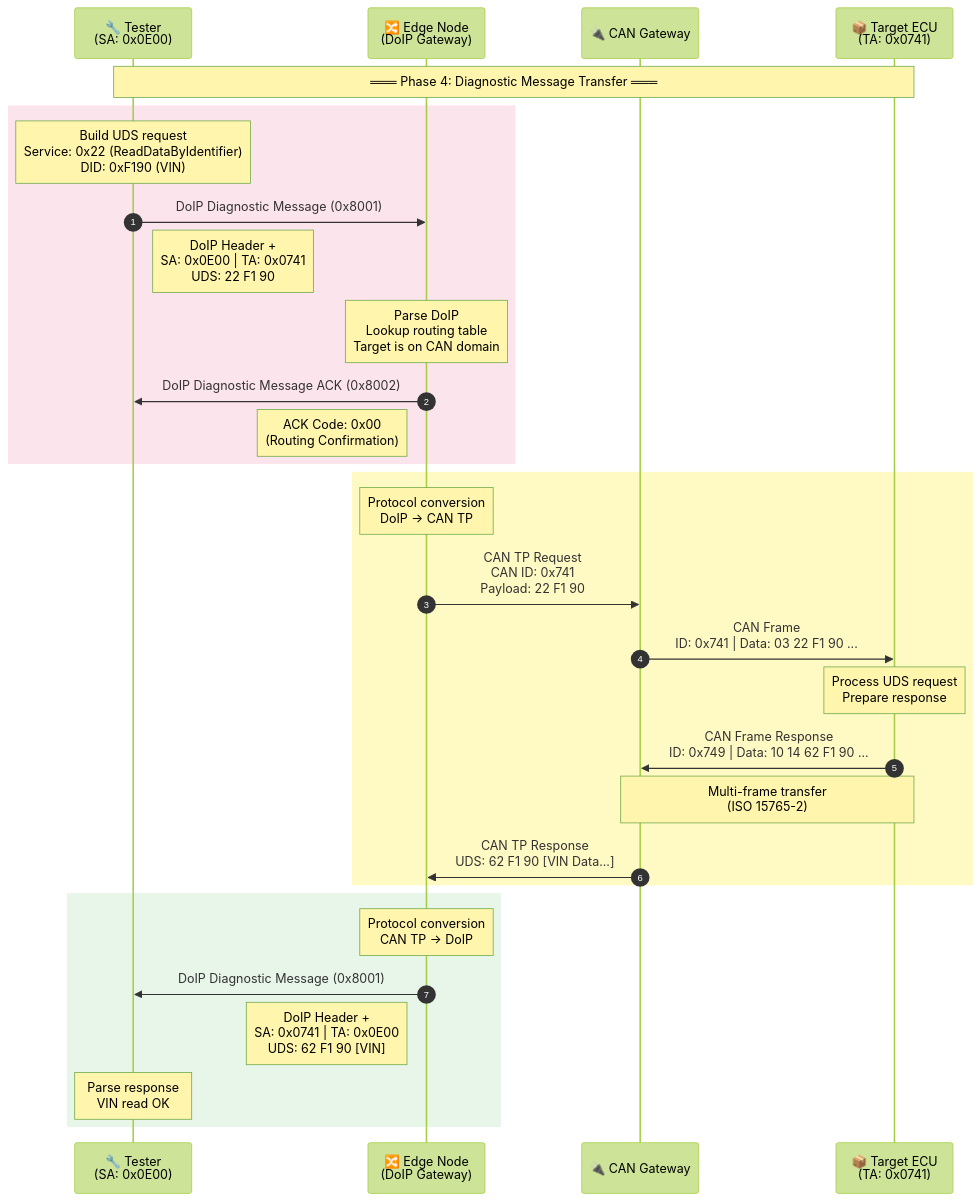
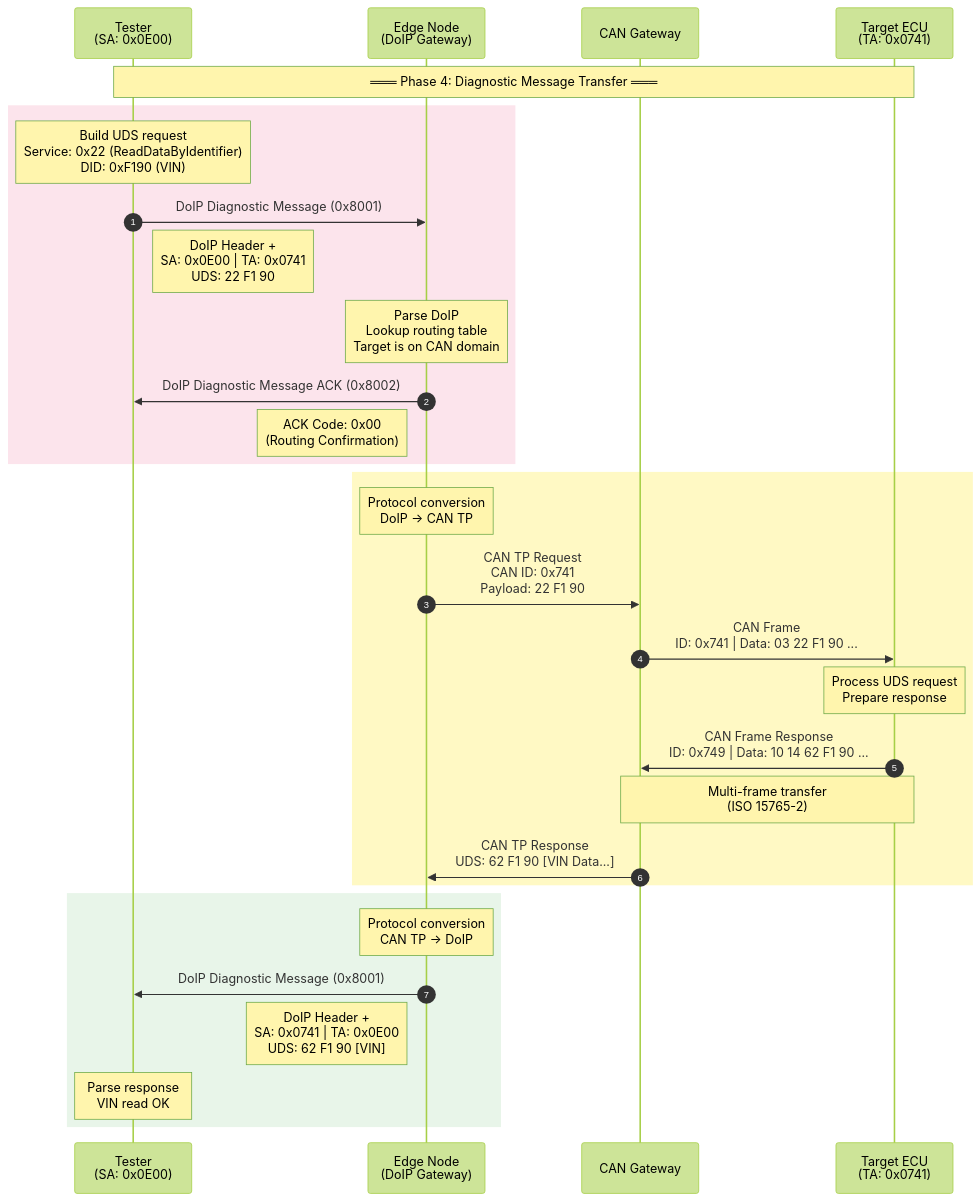
One commit to michaellinhq/automotive-develop-architecture changed the fifth of 10 diagrams in docs/03_Software_Architecture/DoIP_Routing_Strategy.en.md. Above: the diagram before and after it, drawn with Mermaid (forest theme). The commit also changed other lines of this file and 7 other files, not shown here.

Commit message:
Harden Mermaid syntax in English docs

````diff
--- a/docs/03_Software_Architecture/DoIP_Routing_Strategy.en.md
+++ b/docs/03_Software_Architecture/DoIP_Routing_Strategy.en.md
@@ -194,47 +194,47 @@
 ```mermaid
 sequenceDiagram
     autonumber
-    participant Tester as 🔧 Tester<br/>(SA: 0x0E00)
-    participant Edge as 🔀 Edge Node<br/>(DoIP Gateway)
-    participant CAN_GW as 🔌 CAN Gateway
-    participant Target as 📦 Target ECU<br/>(TA: 0x0741)
+    participant Tester as  Tester<br/>(SA: 0x0E00)
+    participant Edge as  Edge Node<br/>(DoIP Gateway)
+    participant CAN_GW as  CAN Gateway
+    participant Target as  Target ECU<br/>(TA: 0x0741)
 
     Note over Tester,Target: ═══ Phase 4: Diagnostic Message Transfer ═══
 
     rect rgb(252, 228, 236)
         Note over Tester: Build UDS request<br/>Service: 0x22 (ReadDataByIdentifier)<br/>DID: 0xF190 (VIN)
 
         Tester->>Edge: DoIP Diagnostic Message (0x8001)
         Note right of Tester: DoIP Header +<br/>SA: 0x0E00 | TA: 0x0741<br/>UDS: 22 F1 90
 
         Note over Edge: Parse DoIP<br/>Lookup routing table<br/>Target is on CAN domain
 
         Edge->>Tester: DoIP Diagnostic Message ACK (0x8002)
         Note left of Edge: ACK Code: 0x00<br/>(Routing Confirmation)
     end
 
     rect rgb(255, 249, 196)
         Note over Edge: Protocol conversion<br/>DoIP → CAN TP
 
         Edge->>CAN_GW: CAN TP Request<br/>CAN ID: 0x741<br/>Payload: 22 F1 90
 
         CAN_GW->>Target: CAN Frame<br/>ID: 0x741 | Data: 03 22 F1 90 ...
 
         Note over Target: Process UDS request<br/>Prepare response
 
         Target->>CAN_GW: CAN Frame Response<br/>ID: 0x749 | Data: 10 14 62 F1 90 ...
 
         Note over Target,CAN_GW: Multi-frame transfer<br/>(ISO 15765-2)
 
         CAN_GW->>Edge: CAN TP Response<br/>UDS: 62 F1 90 [VIN Data...]
     end
 
     rect rgb(232, 245, 233)
         Note over Edge: Protocol conversion<br/>CAN TP → DoIP
 
         Edge->>Tester: DoIP Diagnostic Message (0x8001)
         Note left of Edge: DoIP Header +<br/>SA: 0x0741 | TA: 0x0E00<br/>UDS: 62 F1 90 [VIN]
 
         Note over Tester: Parse response<br/>VIN read OK
     end
 ```
````
